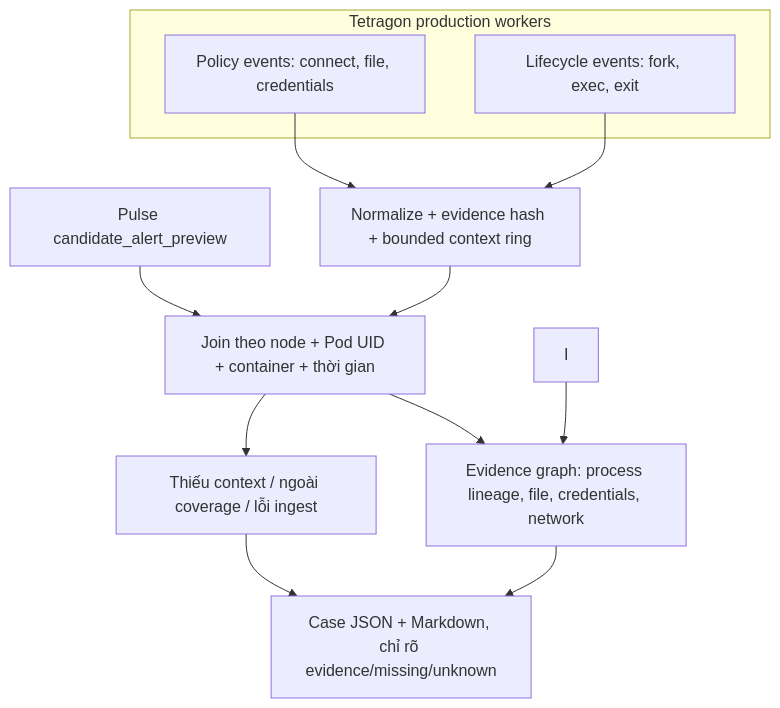
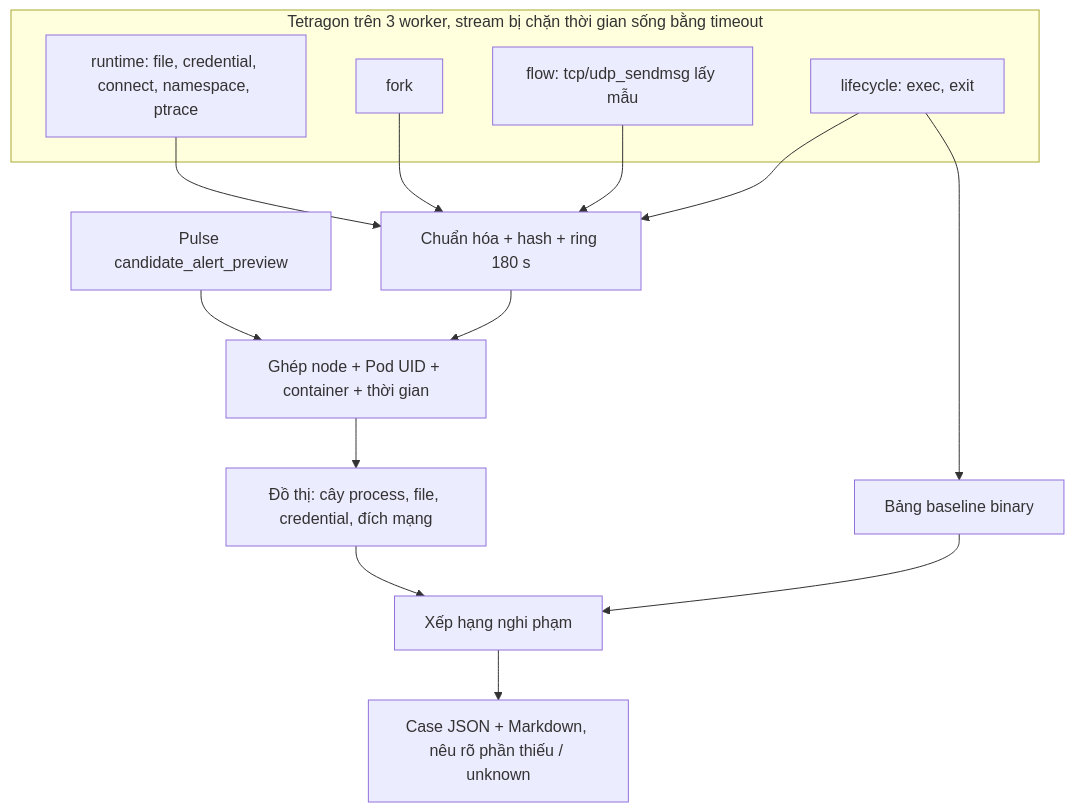
The diagram in RCA_RUNTIME_STATUS.md (tndat-dev/eBPF-project), drawn with Mermaid before and after one commit. The commit also changed other lines of this file and 10 other files, not shown here.

````diff
--- a/RCA_RUNTIME_STATUS.md
+++ b/RCA_RUNTIME_STATUS.md
@@ -148,16 +46,20 @@
 ```mermaid
 flowchart TD
-    A[Pulse candidate_alert_preview] --> J[Join theo node + Pod UID + container + thời gian]
-    subgraph K[Tetragon production workers]
-      P[Policy events: connect, file, credentials]
-      L[Lifecycle events: fork, exec, exit]
+    A[Pulse candidate_alert_preview] --> J[Ghép node + Pod UID + container + thời gian]
+    subgraph T[Tetragon trên 3 worker, stream bị chặn thời gian sống bằng timeout]
+      P[runtime: file, credential, connect, namespace, ptrace]
+      F[fork]
+      W[flow: tcp/udp_sendmsg lấy mẫu]
+      L[lifecycle: exec, exit]
     end
-    P --> R[Normalize + evidence hash + bounded context ring]
+    P --> R[Chuẩn hóa + hash + ring 180 s]
+    F --> R
+    W --> R
     L --> R
+    L --> B[Bảng baseline binary]
     R --> J
-    J --> G[Evidence graph: process lineage, file, credentials, network]
-    I --> G
-    G --> O[Case JSON + Markdown, chỉ rõ evidence/missing/unknown]
-    J --> U[Thiếu context / ngoài coverage / lỗi ingest]
-    U --> O
+    J --> G[Đồ thị: cây process, file, credential, đích mạng]
+    B --> S[Xếp hạng nghi phạm]
+    G --> S
+    S --> O[Case JSON + Markdown, nêu rõ phần thiếu / unknown]
 ```
````
